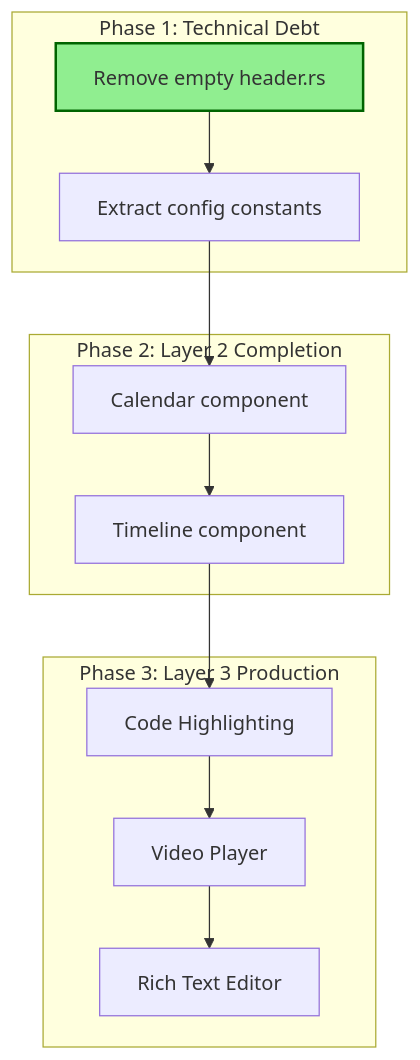
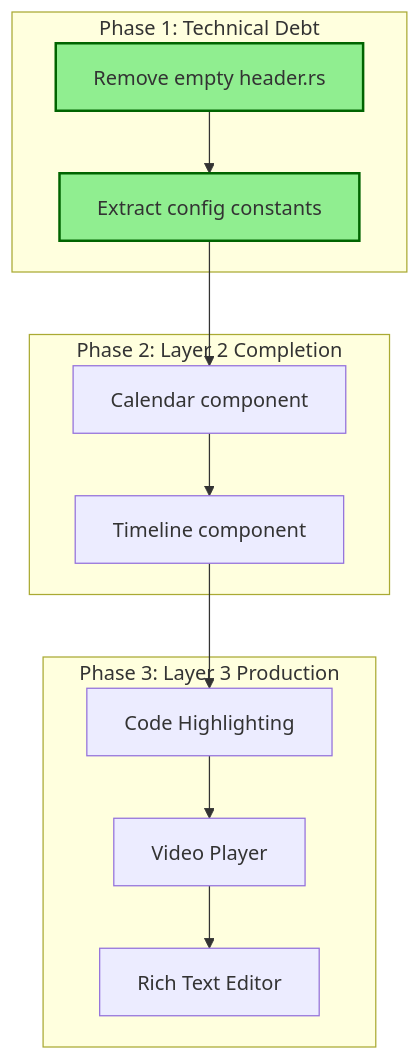
Before and after one commit to celestia-island/hikari: the diagram in plan.md, drawn with Mermaid. The commit also changed other lines of this file, not shown here.

````diff
--- a/plan.md
+++ b/plan.md
@@ -111,28 +111,28 @@
 ```mermaid
 flowchart TD
     subgraph Phase1["Phase 1: Technical Debt"]
         A1[Remove empty header.rs]
         A2[Extract config constants]
     end
 
     subgraph Phase2["Phase 2: Layer 2 Completion"]
         B1[Calendar component]
         B2[Timeline component]
     end
 
     subgraph Phase3["Phase 3: Layer 3 Production"]
         C1[Code Highlighting]
         C2[Video Player]
         C3[Rich Text Editor]
     end
 
     A1 --> A2
     A2 --> B1
     B1 --> B2
     B2 --> C1
     C1 --> C2
     C2 --> C3
 
     classDef done fill:#90EE90,stroke:#006400,stroke-width:2px
-    class A1 done
+    class A1,A2 done
 ```
````
